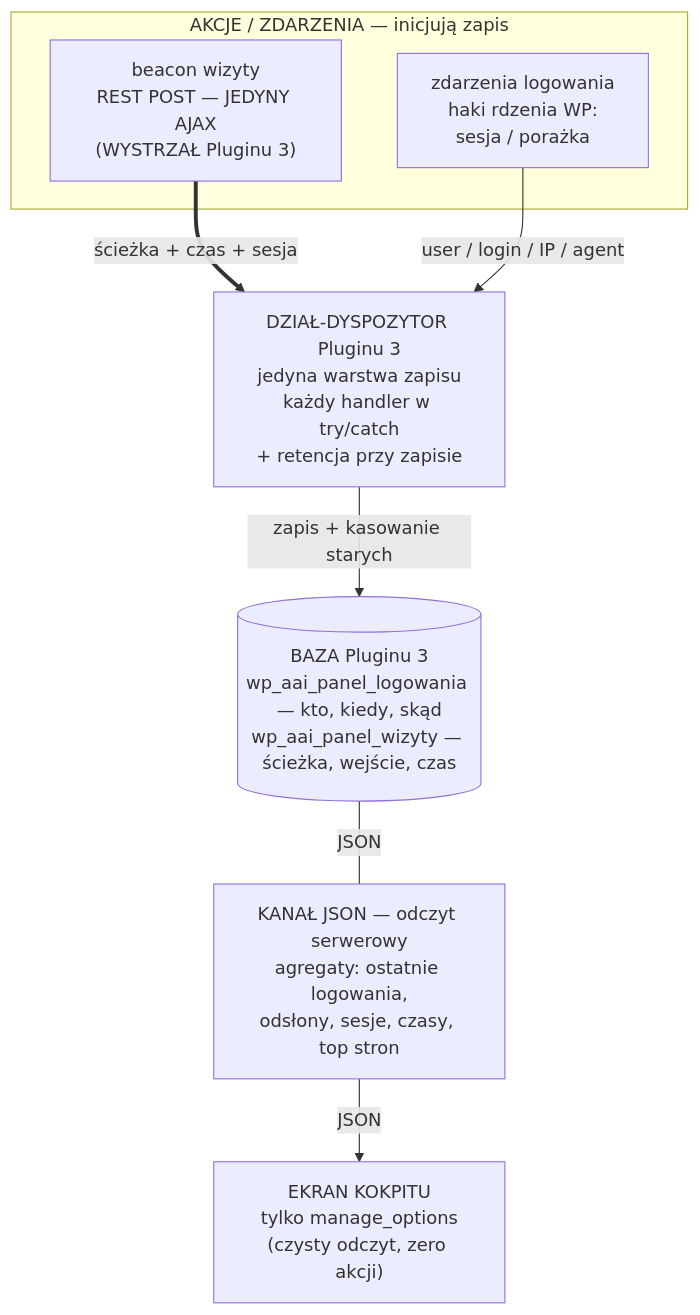
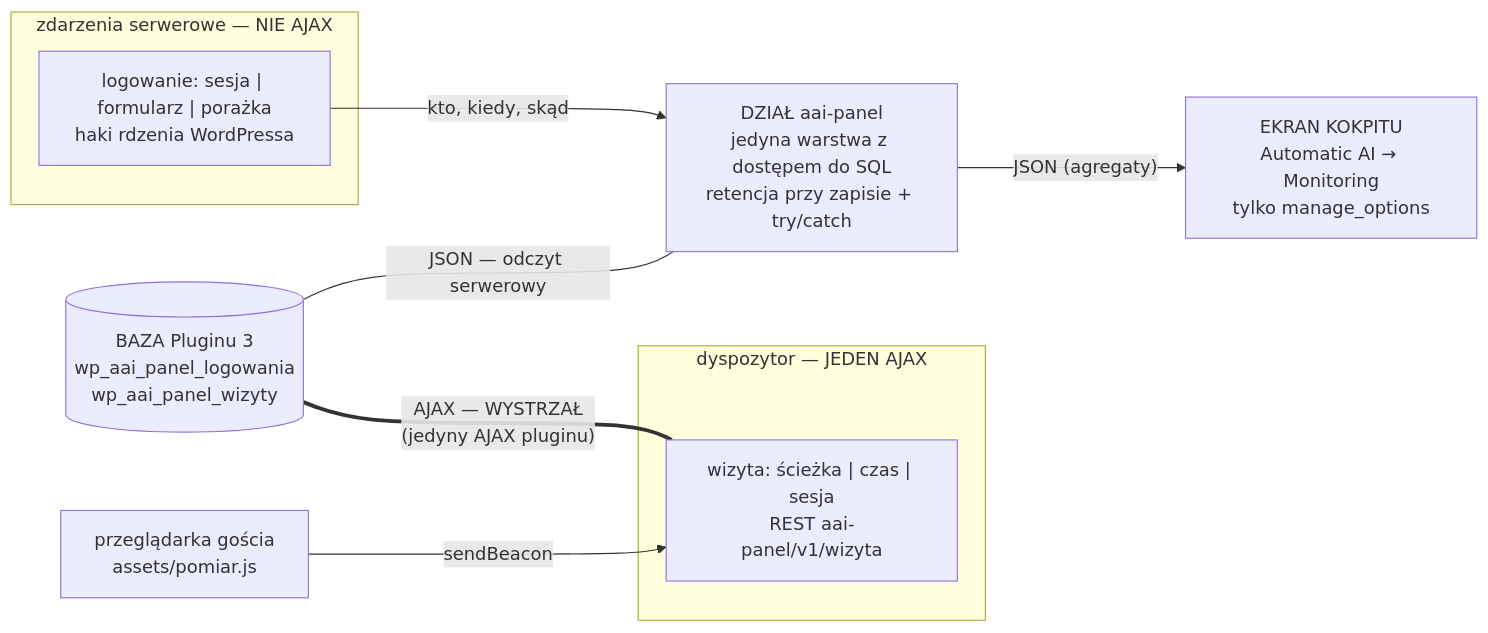
One commit to krzysiek2115op/aai-platforma-szkolen changed the first of 4 diagrams in docs/plugin-3/DIAGRAM.md. Above: the diagram before and after it, drawn with Mermaid. The commit also changed other lines of this file, not shown here.

First line of the commit message:
Diagram Pluginu 3 rysuje wystrzał tak, jak każą wytyczne: z BAZY do DZIAŁU

````diff
--- a/docs/plugin-3/DIAGRAM.md
+++ b/docs/plugin-3/DIAGRAM.md
@@ -131,21 +131,23 @@
 ```mermaid
-flowchart TB
-    subgraph AKCJE["AKCJE / ZDARZENIA — inicjują zapis"]
-        W1["beacon wizyty<br/>REST POST — JEDYNY AJAX<br/>(WYSTRZAŁ Pluginu 3)"]
-        W2["zdarzenia logowania<br/>haki rdzenia WP:<br/>sesja / porażka"]
+flowchart LR
+    BAZA[("BAZA Pluginu 3<br/>wp_aai_panel_logowania<br/>wp_aai_panel_wizyty")]
+
+    DZIAL["DZIAŁ aai-panel<br/>jedyna warstwa z dostępem do SQL<br/>retencja przy zapisie + try/catch"]
+
+    subgraph AKCJE["dyspozytor — JEDEN AJAX"]
+        DY["wizyta: ścieżka | czas | sesja<br/>REST aai-panel/v1/wizyta"]
     end
 
-    DZIAL["DZIAŁ-DYSPOZYTOR Pluginu 3<br/>jedyna warstwa zapisu<br/>każdy handler w try/catch<br/>+ retencja przy zapisie"]
+    subgraph ZDARZENIA["zdarzenia serwerowe — NIE AJAX"]
+        ZD["logowanie: sesja | formularz | porażka<br/>haki rdzenia WordPressa"]
+    end
 
-    BAZA[("BAZA Pluginu 3<br/>wp_aai_panel_logowania — kto, kiedy, skąd<br/>wp_aai_panel_wizyty — ścieżka, wejście, czas")]
+    PRZEGL["przeglądarka gościa<br/>assets/pomiar.js"]
+    EKRAN["EKRAN KOKPITU<br/>Automatic AI → Monitoring<br/>tylko manage_options"]
 
-    KANAL["KANAŁ JSON — odczyt serwerowy<br/>agregaty: ostatnie logowania,<br/>odsłony, sesje, czasy, top stron"]
-
-    S1["EKRAN KOKPITU<br/>tylko manage_options<br/>(czysty odczyt, zero akcji)"]
-
-    W1 ==>|"ścieżka + czas + sesja"| DZIAL
-    W2 -->|"user / login / IP / agent"| DZIAL
-    DZIAL -->|"zapis + kasowanie starych"| BAZA
-    BAZA ---|"JSON"| KANAL
-    KANAL -->|"JSON"| S1
+    BAZA ---|"JSON — odczyt serwerowy"| DZIAL
+    DZIAL -->|"JSON (agregaty)"| EKRAN
+    BAZA ===|"AJAX — WYSTRZAŁ<br/>(jedyny AJAX pluginu)"| DY
+    PRZEGL -->|"sendBeacon"| DY
+    ZD -->|"kto, kiedy, skąd"| DZIAL
 ```
````
